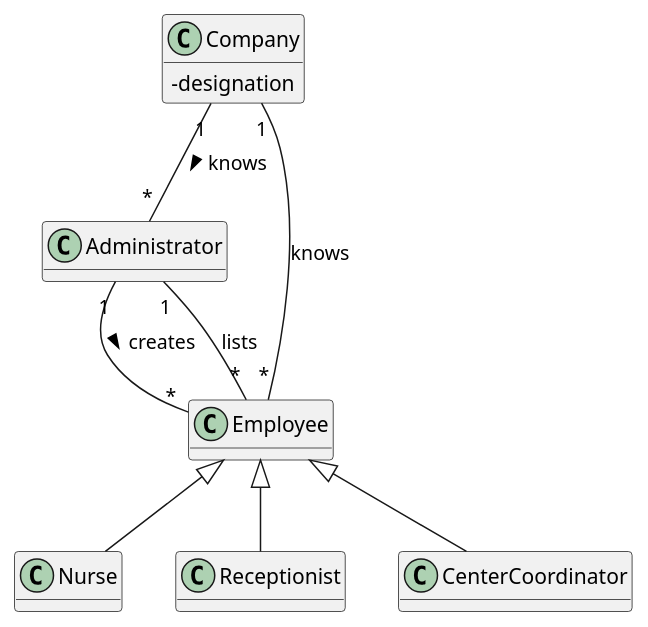
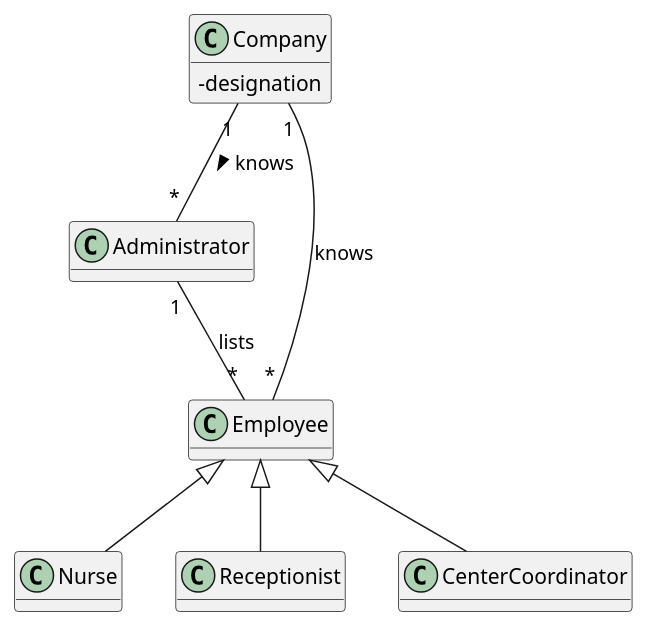
The diagram in docs/SprintB/US11/DM/US11_DM.puml (miseEnPlace-i/lapr2), drawn with PlantUML before and after one commit. The commit also changed 5 other files, not shown here.

```diff
--- a/docs/SprintB/US11/DM/US11_DM.puml
+++ b/docs/SprintB/US11/DM/US11_DM.puml
@@ -1,24 +1,23 @@
 @startuml
 hide methods
 skinparam classAttributeIconSize 0
 
 class Administrator {}
 
 class Employee {
 }
 
 class Company {
   - designation
 }
 
-Administrator "1" -- "*" Employee : creates >
 Administrator "1" -- "*" Employee : lists 
 
 Company "1" -- "*" Administrator : knows  >
 Company "1" -- "*" Employee : knows 
 
 Employee <|-- Nurse
 Employee <|-- Receptionist
 Employee <|-- CenterCoordinator
 
 @enduml
```
